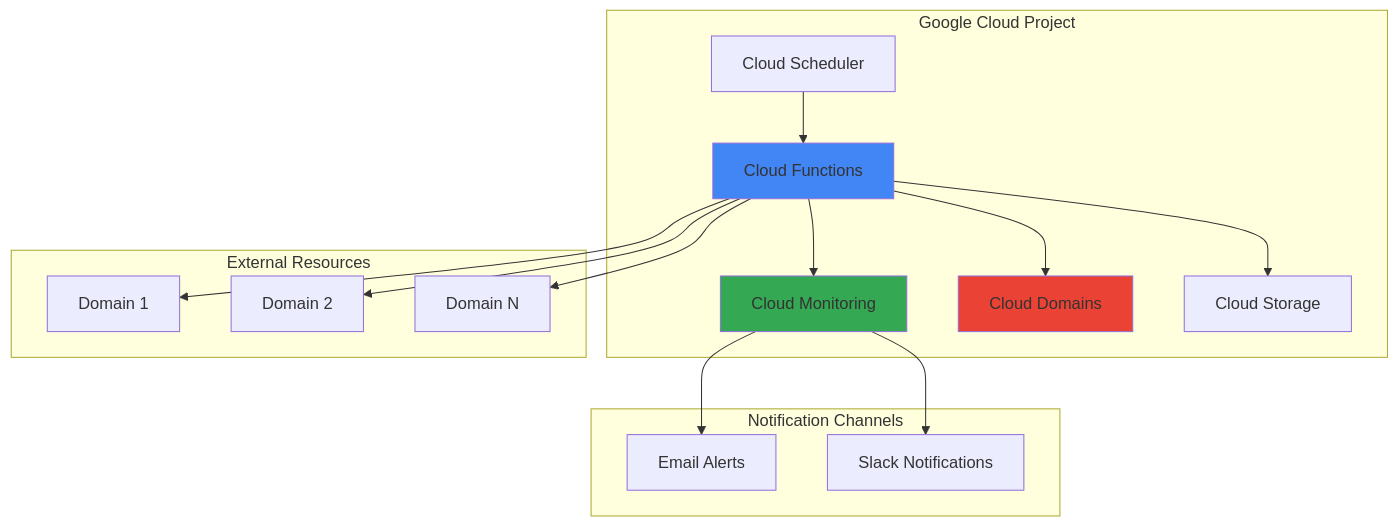
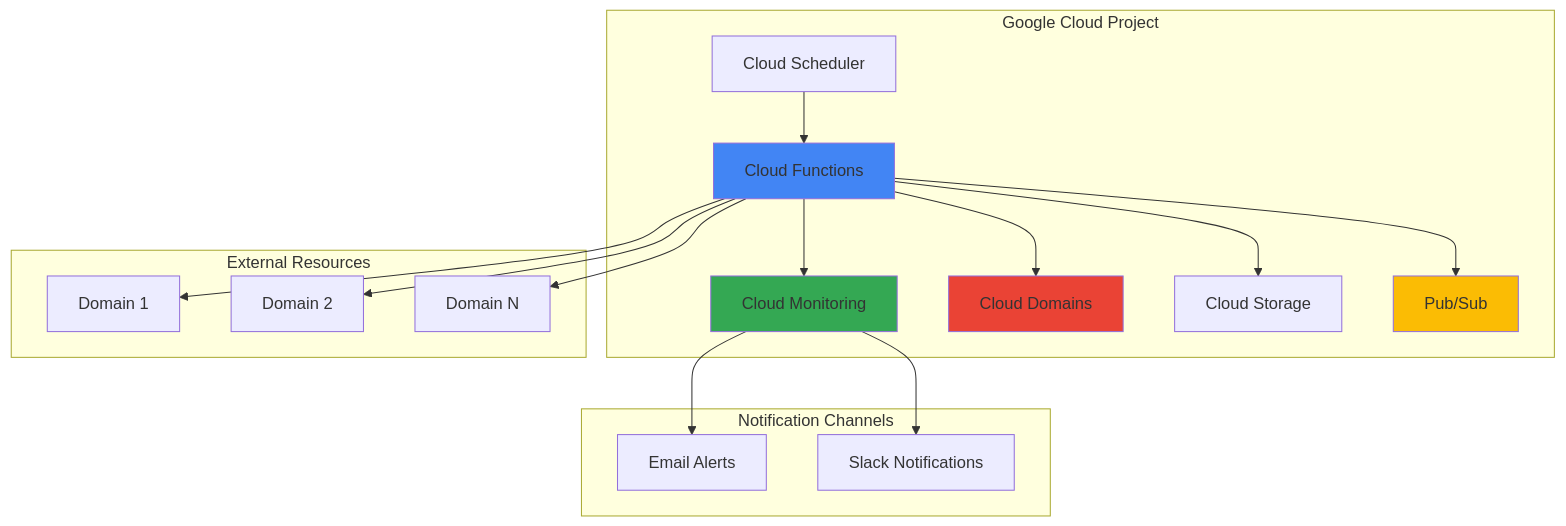
The diagram in gcp/domain-health-monitoring-domains-functions/domain-health-monitoring-domains-functions.md (mzazon/awesome-cloud-projects), drawn with Mermaid before and after one commit. The commit also changed other lines of this file and 5581 other files, not shown here.

````diff
--- a/gcp/domain-health-monitoring-domains-functions/domain-health-monitoring-domains-functions.md
+++ b/gcp/domain-health-monitoring-domains-functions/domain-health-monitoring-domains-functions.md
@@ -30,35 +30,38 @@
 ```mermaid
 graph TB
     subgraph "Google Cloud Project"
         SCHEDULER[Cloud Scheduler]
         FUNCTION[Cloud Functions]
         MONITORING[Cloud Monitoring]
         DOMAINS[Cloud Domains]
         STORAGE[Cloud Storage]
+        PUBSUB[Pub/Sub]
     end
     
     subgraph "External Resources"
         DOMAIN1[Domain 1]
         DOMAIN2[Domain 2]
         DOMAIN3[Domain N]
     end
     
     subgraph "Notification Channels"
         EMAIL[Email Alerts]
         SLACK[Slack Notifications]
     end
     
     SCHEDULER-->FUNCTION
     FUNCTION-->DOMAIN1
     FUNCTION-->DOMAIN2
     FUNCTION-->DOMAIN3
     FUNCTION-->DOMAINS
     FUNCTION-->STORAGE
+    FUNCTION-->PUBSUB
     FUNCTION-->MONITORING
     MONITORING-->EMAIL
     MONITORING-->SLACK
     
     style FUNCTION fill:#4285F4
     style MONITORING fill:#34A853
     style DOMAINS fill:#EA4335
+    style PUBSUB fill:#FBBC04
 ```
````
